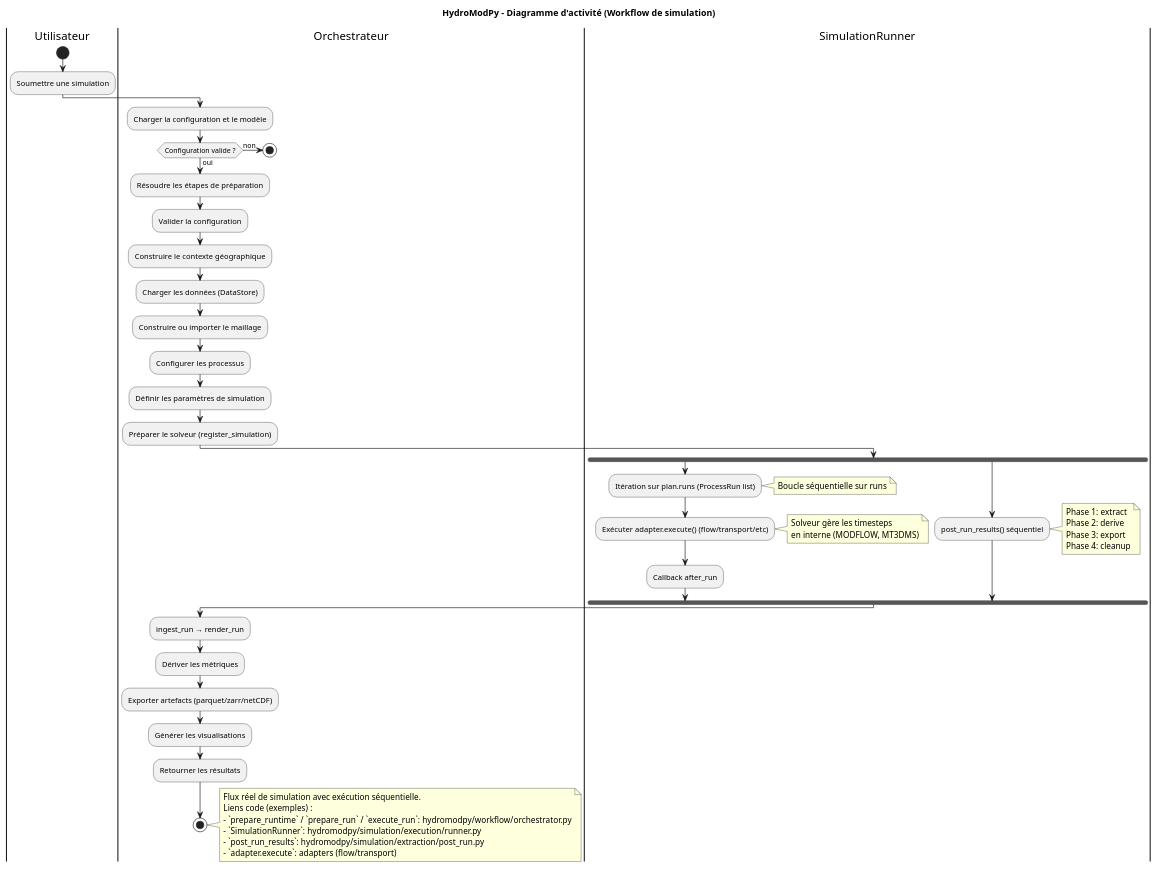
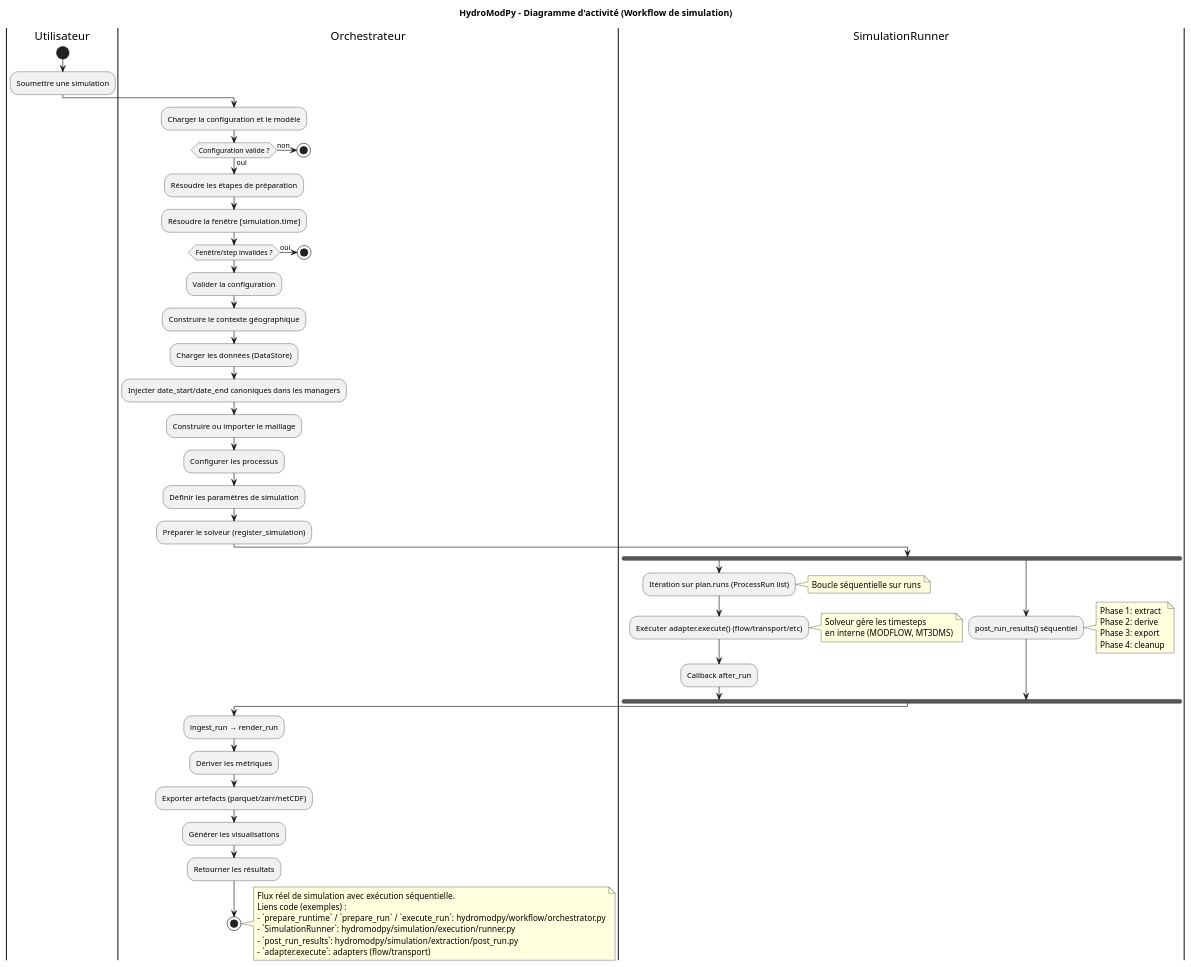
One commit to HydroModPy/HydroModPy changed the diagram in docs/architecture_diagram_simulation_activity.puml. Above: the diagram before and after it, drawn with PlantUML. The commit also changed 4 other files, not shown here.

Commit message:
feat(docs): update architecture diagrams to reflect new component structure and workflows

```diff
--- a/docs/architecture_diagram_simulation_activity.puml
+++ b/docs/architecture_diagram_simulation_activity.puml
@@ -1,52 +1,57 @@
 @startuml
 title HydroModPy - Diagramme d'activité (Workflow de simulation)
 
 |Utilisateur|
 start
 :Soumettre une simulation;
 
 |Orchestrateur|
 :Charger la configuration et le modèle;
 if (Configuration valide ?) then (oui)
   :Résoudre les étapes de préparation;
 else (non)
   stop
 endif
+:Résoudre la fenêtre [simulation.time];
+if (Fenêtre/step invalides ?) then (oui)
+  stop
+endif
 :Valider la configuration;
 :Construire le contexte géographique;
 :Charger les données (DataStore);
+:Injecter date_start/date_end canoniques dans les managers;
 :Construire ou importer le maillage;
 :Configurer les processus;
 :Définir les paramètres de simulation;
 :Préparer le solveur (register_simulation);
 
 |SimulationRunner|
 fork
   :Itération sur plan.runs (ProcessRun list);
   note right: Boucle séquentielle sur runs
   :Exécuter adapter.execute() (flow/transport/etc);
   note right: Solveur gère les timesteps\nen interne (MODFLOW, MT3DMS)
   :Callback after_run;
 fork again
   :post_run_results() séquentiel;
   note right: Phase 1: extract\nPhase 2: derive\nPhase 3: export\nPhase 4: cleanup
 end fork
 
 |Orchestrateur|
 :ingest_run → render_run;
 :Dériver les métriques;
 :Exporter artefacts (parquet/zarr/netCDF);
 :Générer les visualisations;
 :Retourner les résultats;
 stop
 
 note right
   Flux réel de simulation avec exécution séquentielle.
   Liens code (exemples) :
   - `prepare_runtime` / `prepare_run` / `execute_run`: hydromodpy/workflow/orchestrator.py
   - `SimulationRunner`: hydromodpy/simulation/execution/runner.py
   - `post_run_results`: hydromodpy/simulation/extraction/post_run.py
   - `adapter.execute`: adapters (flow/transport)
 end note
 
 @enduml
```
